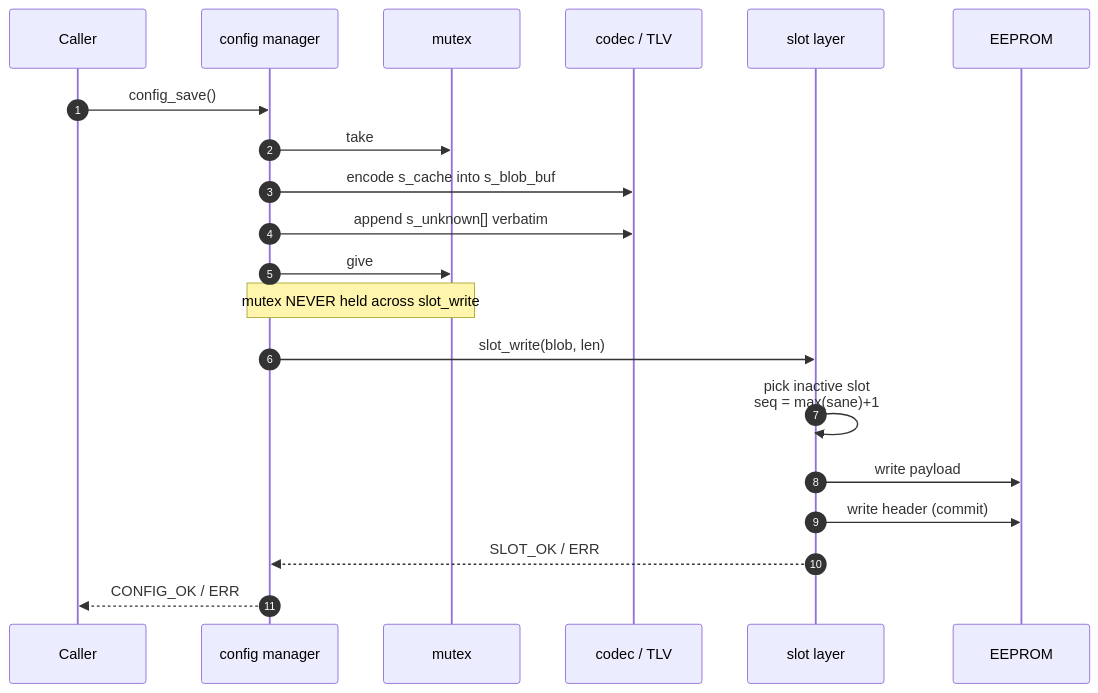
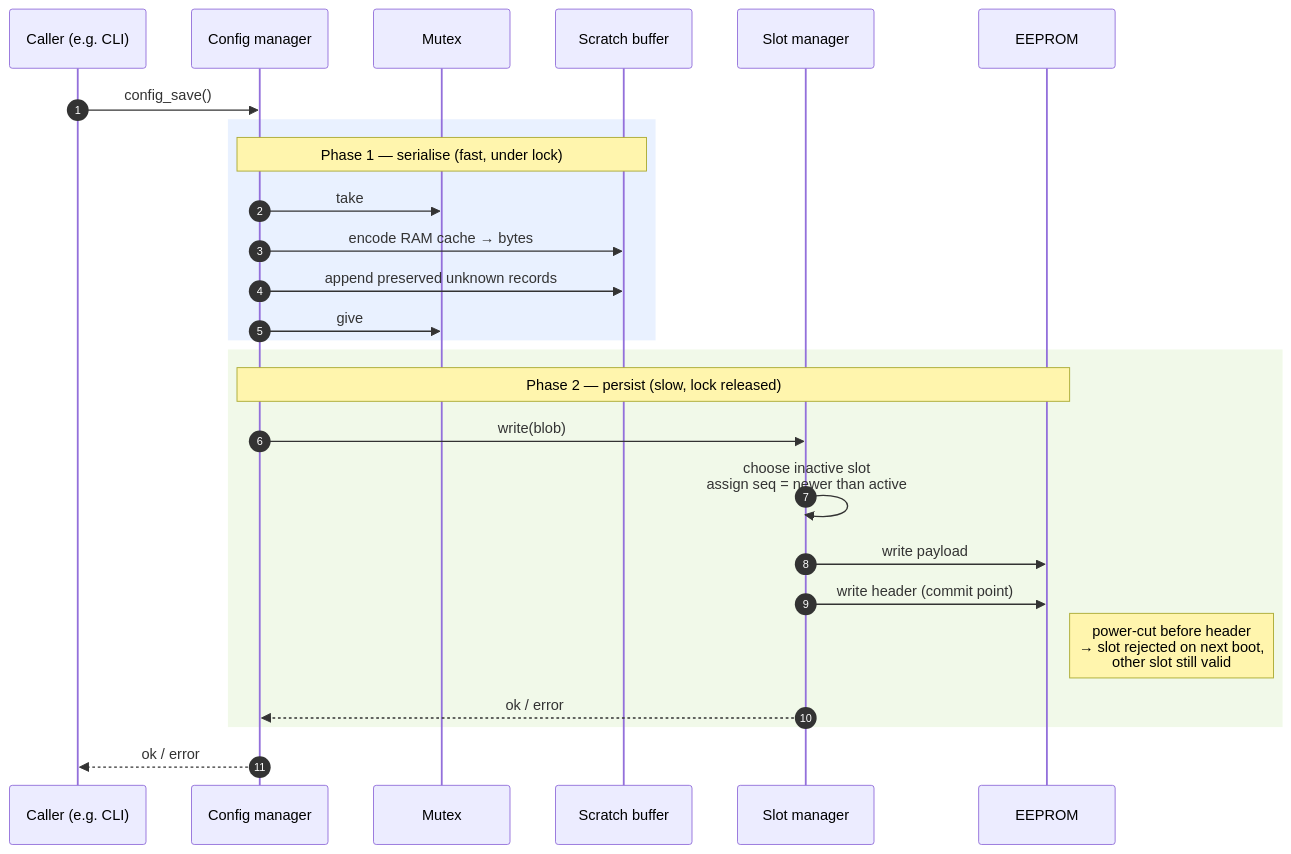
Before and after one commit to JakubMini/config-wp: the third of 4 diagrams in docs/DESIGN.md, drawn with Mermaid. The commit also changed other lines of this file and 8 other files, not shown here.

````diff
--- a/docs/DESIGN.md
+++ b/docs/DESIGN.md
@@ -58,23 +77,32 @@
 ```mermaid
 sequenceDiagram
     autonumber
-    participant C as Caller
-    participant M as config manager
-    participant L as mutex
-    participant K as codec / TLV
-    participant S as slot layer
-    participant E as EEPROM
+    participant App as Caller (e.g. CLI)
+    participant Mgr as Config manager
+    participant Mux as Mutex
+    participant Buf as Scratch buffer
+    participant Slot as Slot manager
+    participant EE as EEPROM
 
-    C->>M: config_save()
-    M->>L: take
-    M->>K: encode s_cache into s_blob_buf
-    M->>K: append s_unknown[] verbatim
-    M->>L: give
-    Note over M,L: mutex NEVER held across slot_write
-    M->>S: slot_write(blob, len)
-    S->>S: pick inactive slot<br/>seq = max(sane)+1
-    S->>E: write payload
-    S->>E: write header (commit)
-    S-->>M: SLOT_OK / ERR
-    M-->>C: CONFIG_OK / ERR
+    App->>Mgr: config_save()
+
+    rect rgba(200,220,255,0.4)
+    Note over Mgr,Buf: Phase 1 — serialise (fast, under lock)
+    Mgr->>Mux: take
+    Mgr->>Buf: encode RAM cache → bytes
+    Mgr->>Buf: append preserved unknown records
+    Mgr->>Mux: give
+    end
+
+    rect rgba(220,240,200,0.4)
+    Note over Mgr,EE: Phase 2 — persist (slow, lock released)
+    Mgr->>Slot: write(blob)
+    Slot->>Slot: choose inactive slot<br/>assign seq = newer than active
+    Slot->>EE: write payload
+    Slot->>EE: write header (commit point)
+    Note right of EE: power-cut before header<br/>→ slot rejected on next boot,<br/>other slot still valid
+    Slot-->>Mgr: ok / error
+    end
+
+    Mgr-->>App: ok / error
 ```
````
